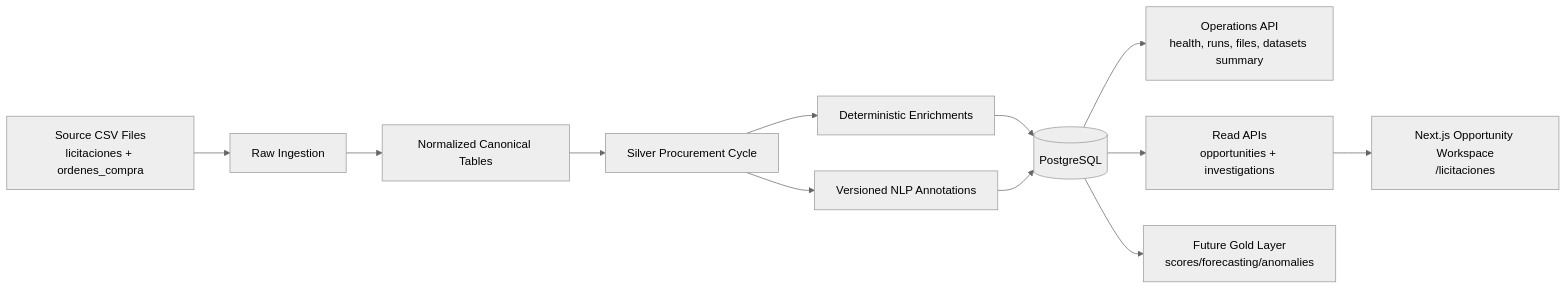
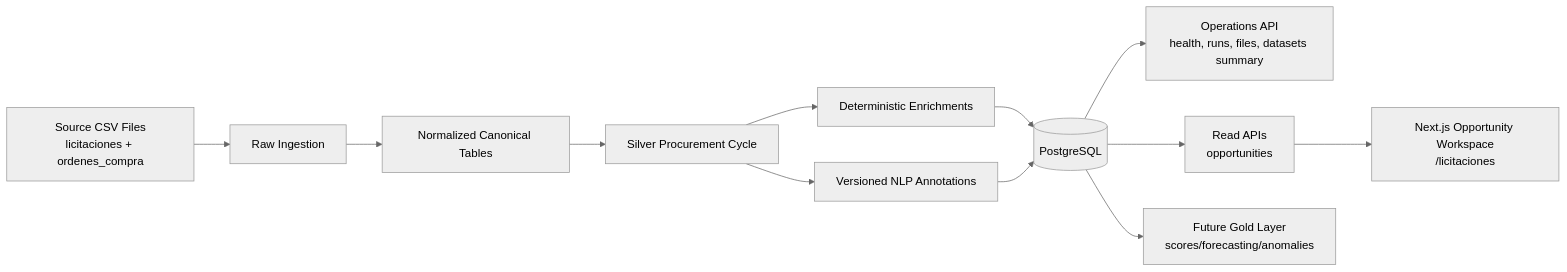
Before and after one commit to nicolasenriquez/omnibid: the first of 2 diagrams in README.md, drawn with Mermaid (neutral theme). The commit also changed other lines of this file and 105 other files, not shown here.

First line of the commit message:
feat: architecture deepening — upsert engine, quality gates, workspace refactor, and CI green (#13)

````diff
--- a/README.md
+++ b/README.md
@@ -73,14 +73,14 @@
 ```mermaid
 flowchart LR
   A[Source CSV Files<br/>licitaciones + ordenes_compra] --> B[Raw Ingestion]
   B --> C[Normalized Canonical Tables]
   C --> D[Silver Procurement Cycle]
   D --> E[Deterministic Enrichments]
   D --> F[Versioned NLP Annotations]
   E --> G[(PostgreSQL)]
   F --> G
   G --> H[Operations API<br/>health, runs, files, datasets summary]
-  G --> I[Read APIs<br/>opportunities + investigations]
+  G --> I[Read APIs<br/>opportunities]
   I --> J[Next.js Opportunity Workspace<br/>/licitaciones]
   G --> K[Future Gold Layer<br/>scores/forecasting/anomalies]
 ```
````
